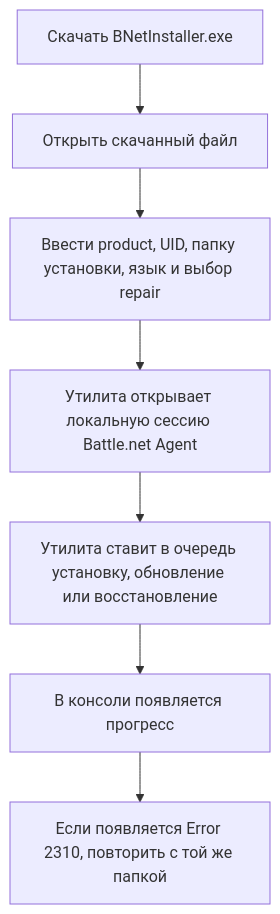
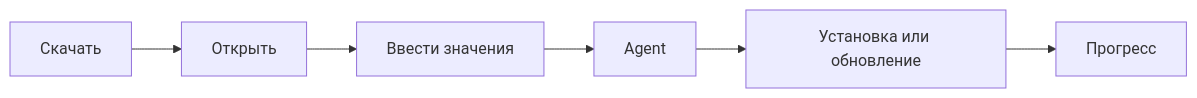
Before and after one commit to DokPlay/Battle.Net-Installer: the diagram in README.ru.md, drawn with Mermaid. The commit also changed 1 other file, not shown here.

Commit message:
Simplify README diagrams

````diff
--- a/README.ru.md
+++ b/README.ru.md
@@ -52,9 +52,8 @@
 ```mermaid
-flowchart TD
-    A["Скачать BNetInstaller.exe"] --> B["Открыть скачанный файл"]
-    B --> C["Ввести product, UID, папку установки, язык и выбор repair"]
-    C --> D["Утилита открывает локальную сессию Battle.net Agent"]
-    D --> E["Утилита ставит в очередь установку, обновление или восстановление"]
-    E --> F["В консоли появляется прогресс"]
-    F --> G["Если появляется Error 2310, повторить с той же папкой"]
+graph LR
+    A["Скачать"] --> B["Открыть"]
+    B --> C["Ввести значения"]
+    C --> D["Agent"]
+    D --> E["Установка или обновление"]
+    E --> F["Прогресс"]
 ```
````
